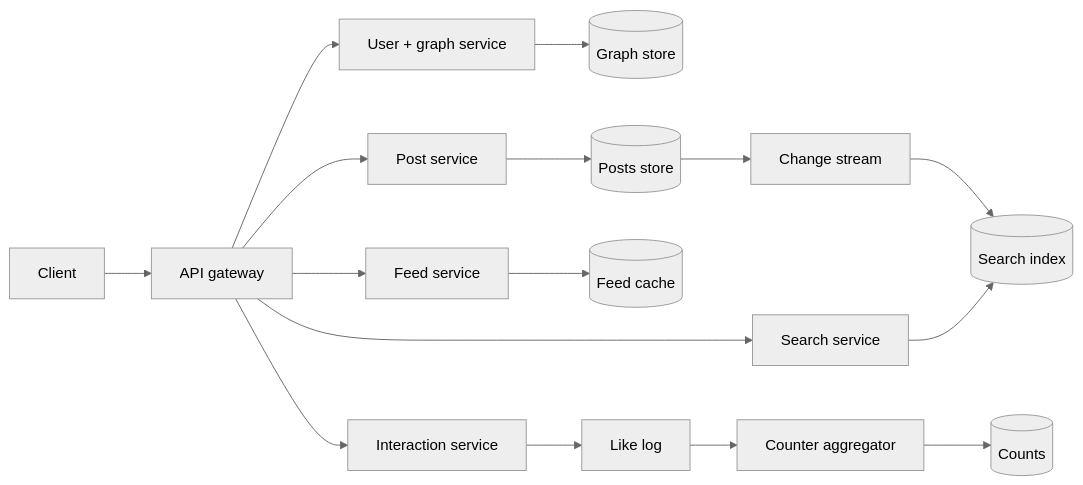
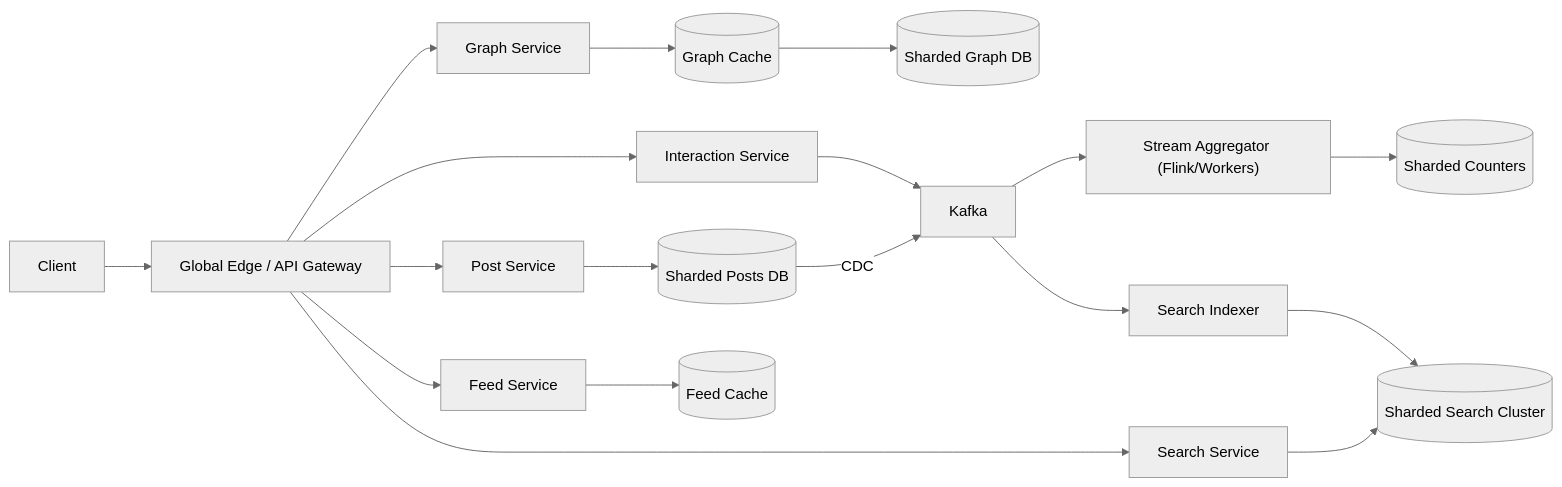
One commit to TapanKumarBarik/Backend-roadmap changed the third of 5 diagrams in content/system-design/22-interview-design-problems/09-social-media-platform/README.md. Above: the diagram before and after it, drawn with Mermaid (neutral theme). The commit also changed other lines of this file and 37 other files, not shown here.

Commit message:
Upgrade Track 22 (37 interview design problems) with scale-by-scale architecture evolution

````diff
--- a/content/system-design/22-interview-design-problems/09-social-media-platform/README.md
+++ b/content/system-design/22-interview-design-problems/09-social-media-platform/README.md
@@ -108,10 +181,12 @@
 ```mermaid
 flowchart LR
-  C["Client"] --> GW["API gateway"]
-  GW --> US["User + graph service"] --> G[("Graph store")]
-  GW --> PS["Post service"] --> P[("Posts store")]
-  GW --> FS["Feed service"] --> FC[("Feed cache")]
-  GW --> IS["Interaction service"] --> L["Like log"] --> AG["Counter aggregator"] --> CT[("Counts")]
-  P --> CDC["Change stream"] --> SI[("Search index")]
-  GW --> SS["Search service"] --> SI
+  C["Client"] --> GW["Global Edge / API Gateway"]
+  GW --> GS["Graph Service"] --> TAO[("Graph Cache")] --> GDB[("Sharded Graph DB")]
+  GW --> PS["Post Service"] --> PDB[("Sharded Posts DB")]
+  GW --> IS["Interaction Service"] --> K["Kafka"]
+  K --> AGG["Stream Aggregator (Flink/Workers)"] --> CDB[("Sharded Counters")]
+  PDB -- "CDC" --> K
+  K --> IDX["Search Indexer"] --> ES[("Sharded Search Cluster")]
+  GW --> SS["Search Service"] --> ES
+  GW --> FS["Feed Service"] --> FC[("Feed Cache")]
 ```
````
